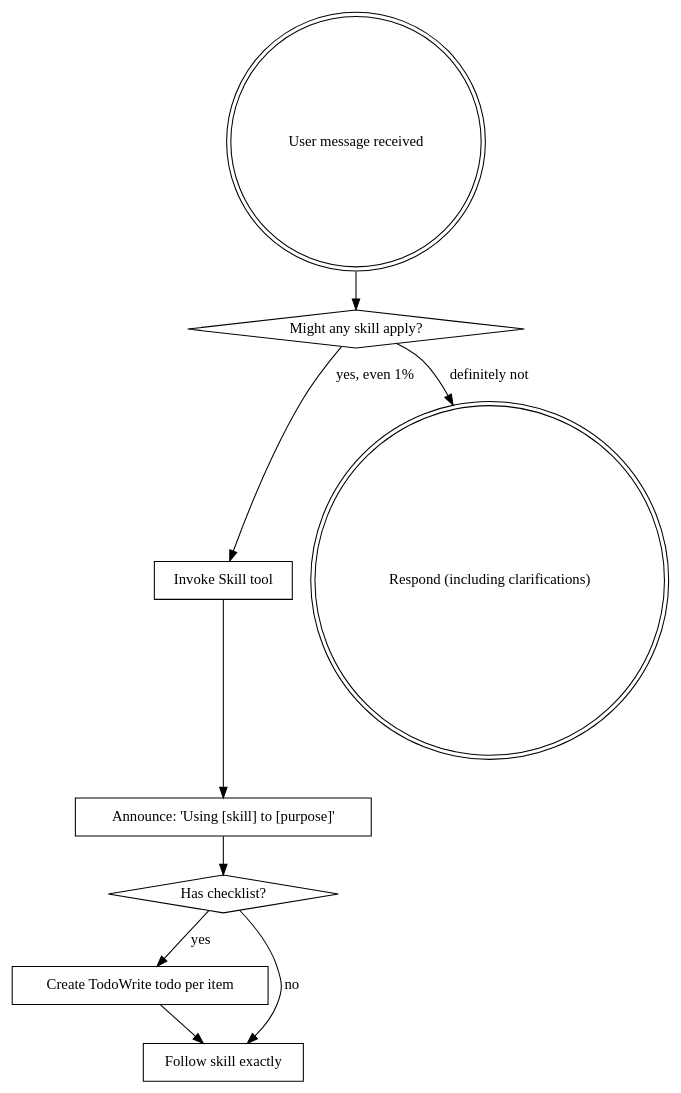
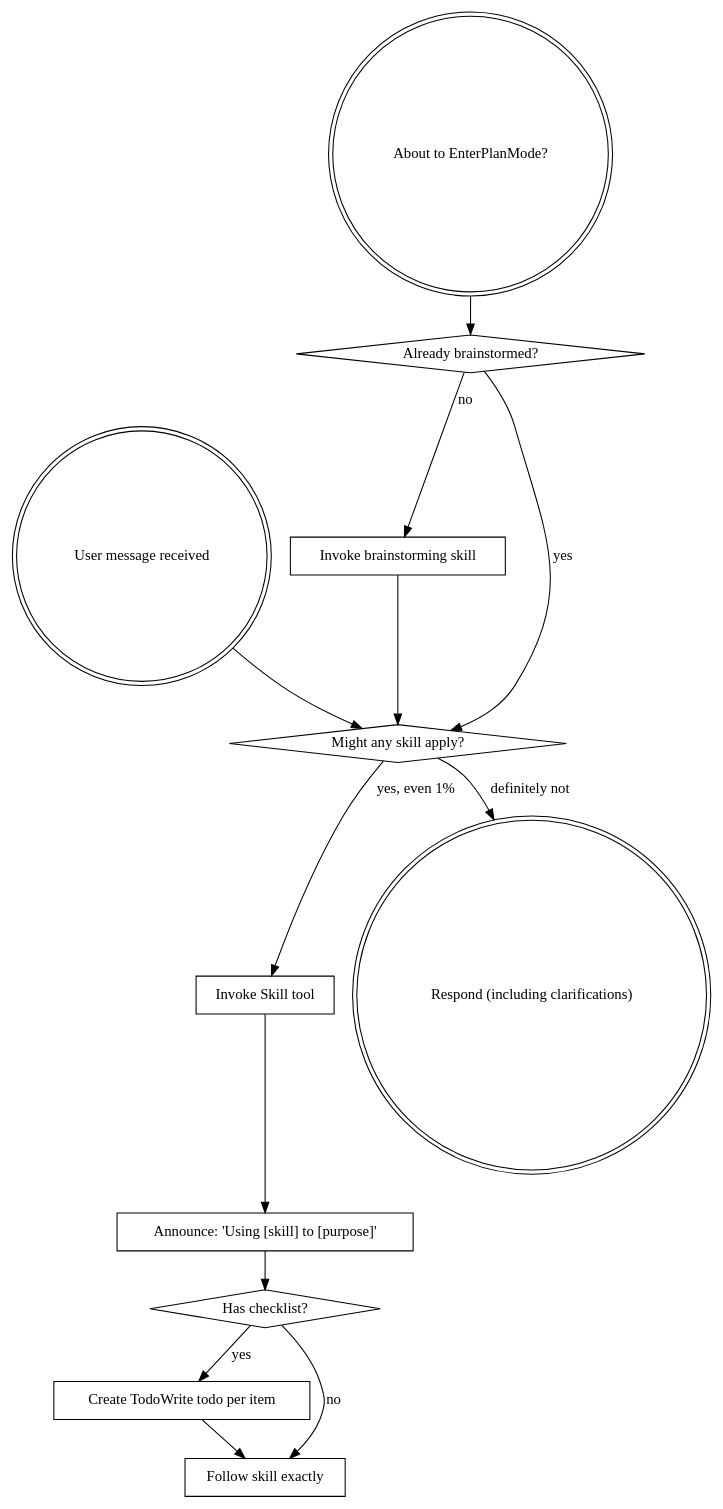
The diagram in collected_assets/skills/USING-SUPERPOWERS/SKILL.md (kurtkim80/skills), drawn with Graphviz before and after one commit. The commit also changed other lines of this file and 284 other files, not shown here.

````diff
--- a/collected_assets/skills/USING-SUPERPOWERS/SKILL.md
+++ b/collected_assets/skills/USING-SUPERPOWERS/SKILL.md
@@ -29,21 +48,29 @@
 ```dot
 digraph skill_flow {
     "User message received" [shape=doublecircle];
+    "About to EnterPlanMode?" [shape=doublecircle];
+    "Already brainstormed?" [shape=diamond];
+    "Invoke brainstorming skill" [shape=box];
     "Might any skill apply?" [shape=diamond];
     "Invoke Skill tool" [shape=box];
     "Announce: 'Using [skill] to [purpose]'" [shape=box];
     "Has checklist?" [shape=diamond];
     "Create TodoWrite todo per item" [shape=box];
     "Follow skill exactly" [shape=box];
     "Respond (including clarifications)" [shape=doublecircle];
+
+    "About to EnterPlanMode?" -> "Already brainstormed?";
+    "Already brainstormed?" -> "Invoke brainstorming skill" [label="no"];
+    "Already brainstormed?" -> "Might any skill apply?" [label="yes"];
+    "Invoke brainstorming skill" -> "Might any skill apply?";
 
     "User message received" -> "Might any skill apply?";
     "Might any skill apply?" -> "Invoke Skill tool" [label="yes, even 1%"];
     "Might any skill apply?" -> "Respond (including clarifications)" [label="definitely not"];
     "Invoke Skill tool" -> "Announce: 'Using [skill] to [purpose]'";
     "Announce: 'Using [skill] to [purpose]'" -> "Has checklist?";
     "Has checklist?" -> "Create TodoWrite todo per item" [label="yes"];
     "Has checklist?" -> "Follow skill exactly" [label="no"];
     "Create TodoWrite todo per item" -> "Follow skill exactly";
 }
 ```
````
